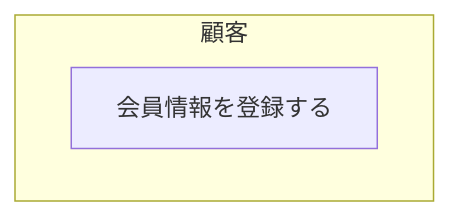
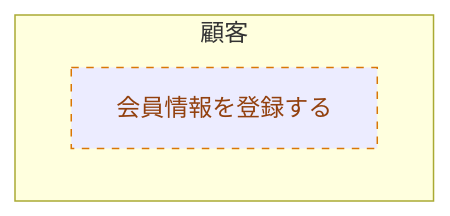
The fourth of 23 diagrams in docs/rdra/diagrams.md (Nke0628/rdra-webapp), drawn with Mermaid before and after one commit. The commit also changed other lines of this file and 5 other files, not shown here.

````diff
--- a/docs/rdra/diagrams.md
+++ b/docs/rdra/diagrams.md
@@ -220,7 +185,8 @@
 ```mermaid
 flowchart TB
   subgraph l1["顧客"]
     act2["会員情報を登録する"]
   end
   classDef hyp stroke-dasharray:5 5,stroke:#d97706,color:#92400e
+  class act2 hyp
 ```
````
